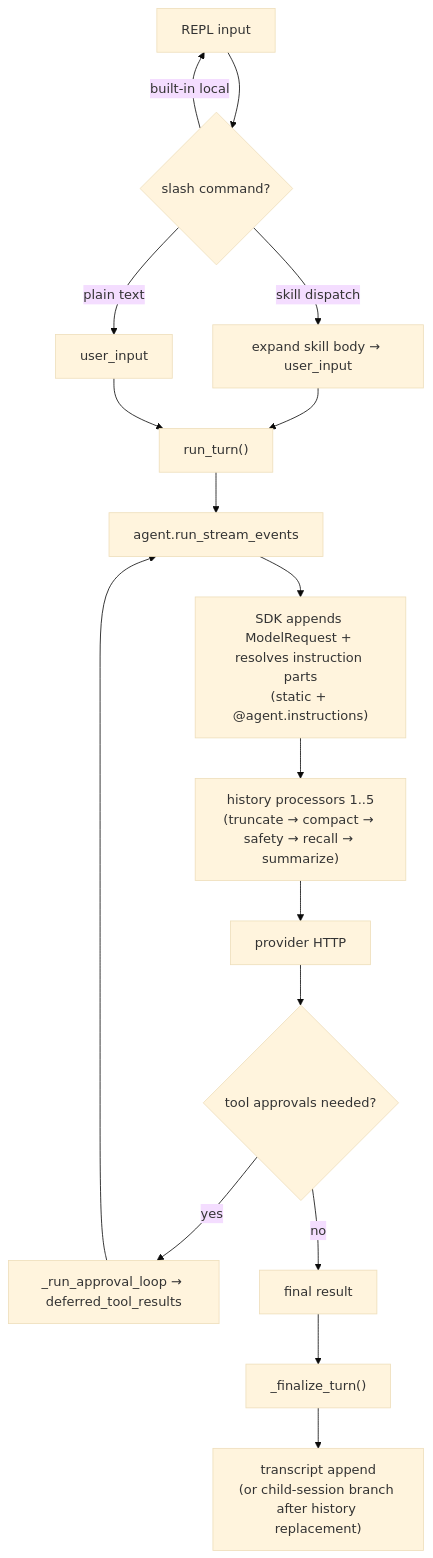
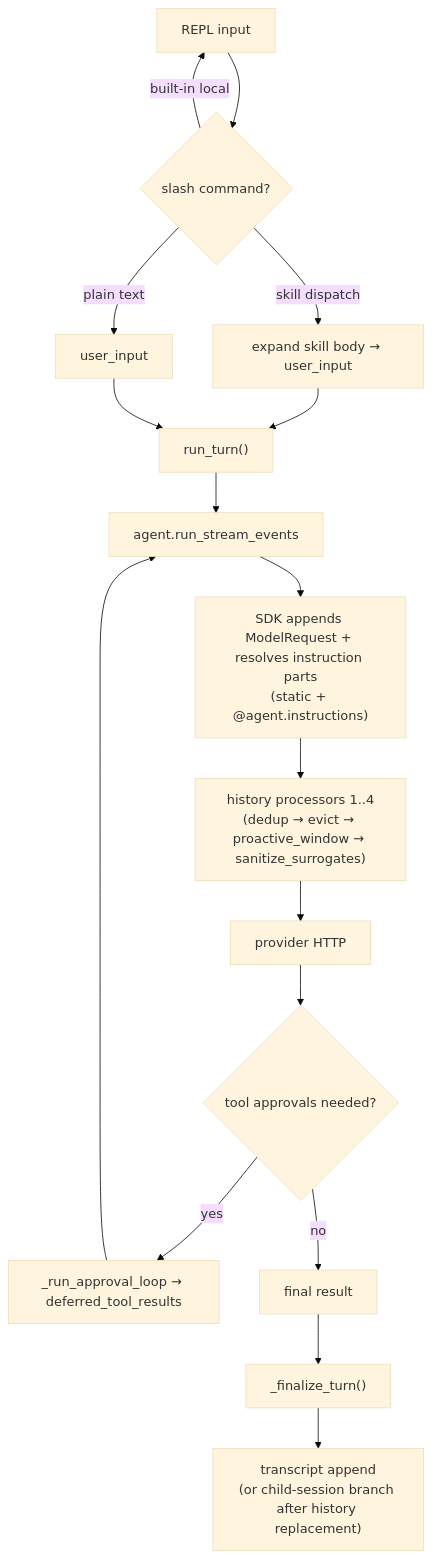
Before and after one commit to binlecode/co-cli: the first of 2 diagrams in docs/specs/core-loop.md, drawn with Mermaid (base theme). The commit also changed other lines of this file and 23 other files, not shown here.

````diff
--- a/docs/specs/core-loop.md
+++ b/docs/specs/core-loop.md
@@ -12,21 +12,21 @@
 ```mermaid
 flowchart TD
     A["REPL input"] --> B{"slash command?"}
     B -->|built-in local| A
     B -->|skill dispatch| C["expand skill body → user_input"]
     B -->|plain text| D["user_input"]
     C --> E["run_turn()"]
     D --> E
 
     E --> F["agent.run_stream_events"]
     F --> G["SDK appends ModelRequest + resolves instruction parts<br/>(static + @agent.instructions)"]
-    G --> H["history processors 1..5<br/>(truncate → compact → safety → recall → summarize)"]
+    G --> H["history processors 1..4<br/>(dedup → evict → proactive_window → sanitize_surrogates)"]
     H --> I["provider HTTP"]
     I --> J{"tool approvals needed?"}
     J -->|yes| K["_run_approval_loop → deferred_tool_results"]
     K --> F
     J -->|no| L["final result"]
 
     L --> M["_finalize_turn()"]
     M --> N["transcript append<br/>(or child-session branch after history replacement)"]
 ```
````
